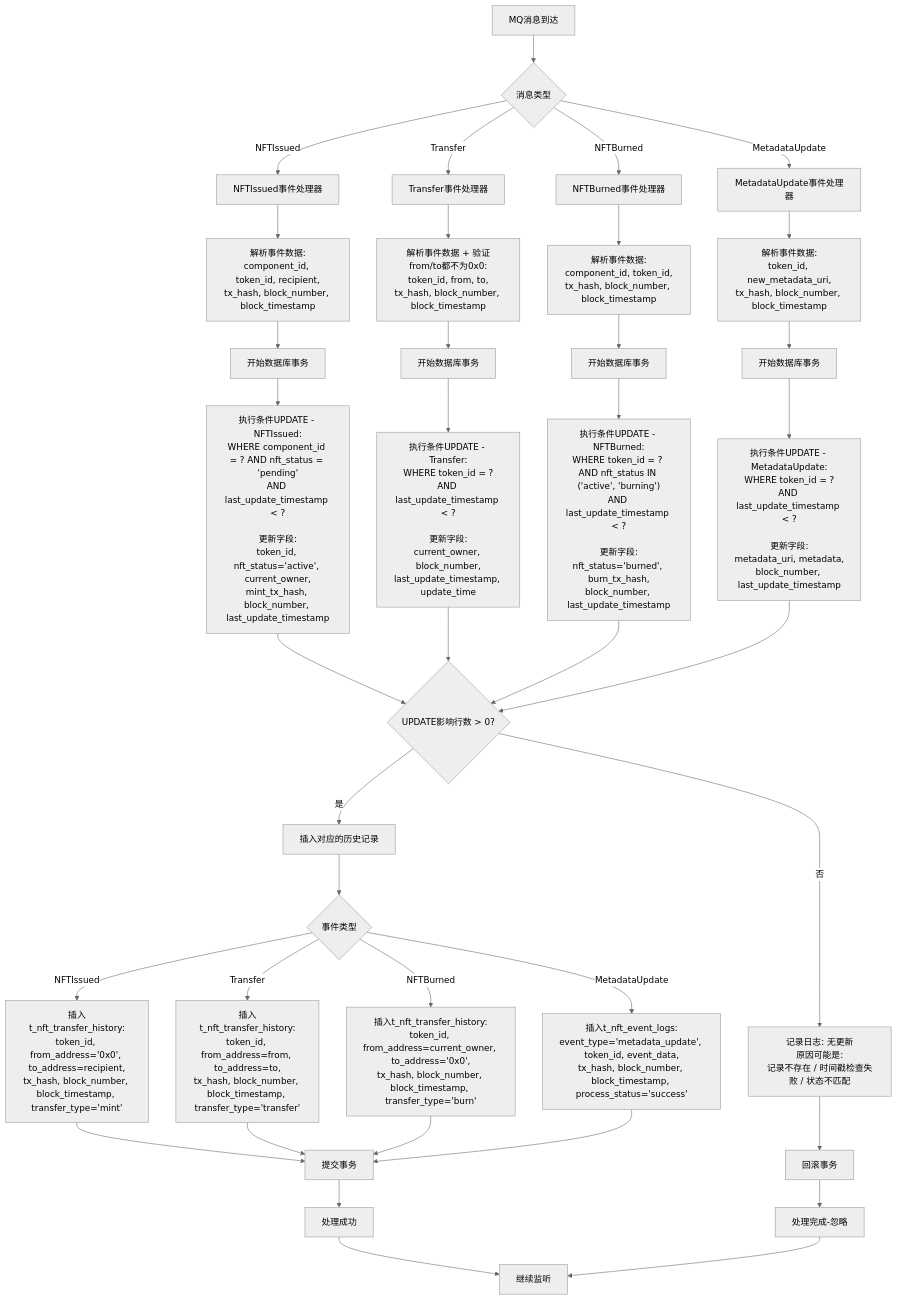
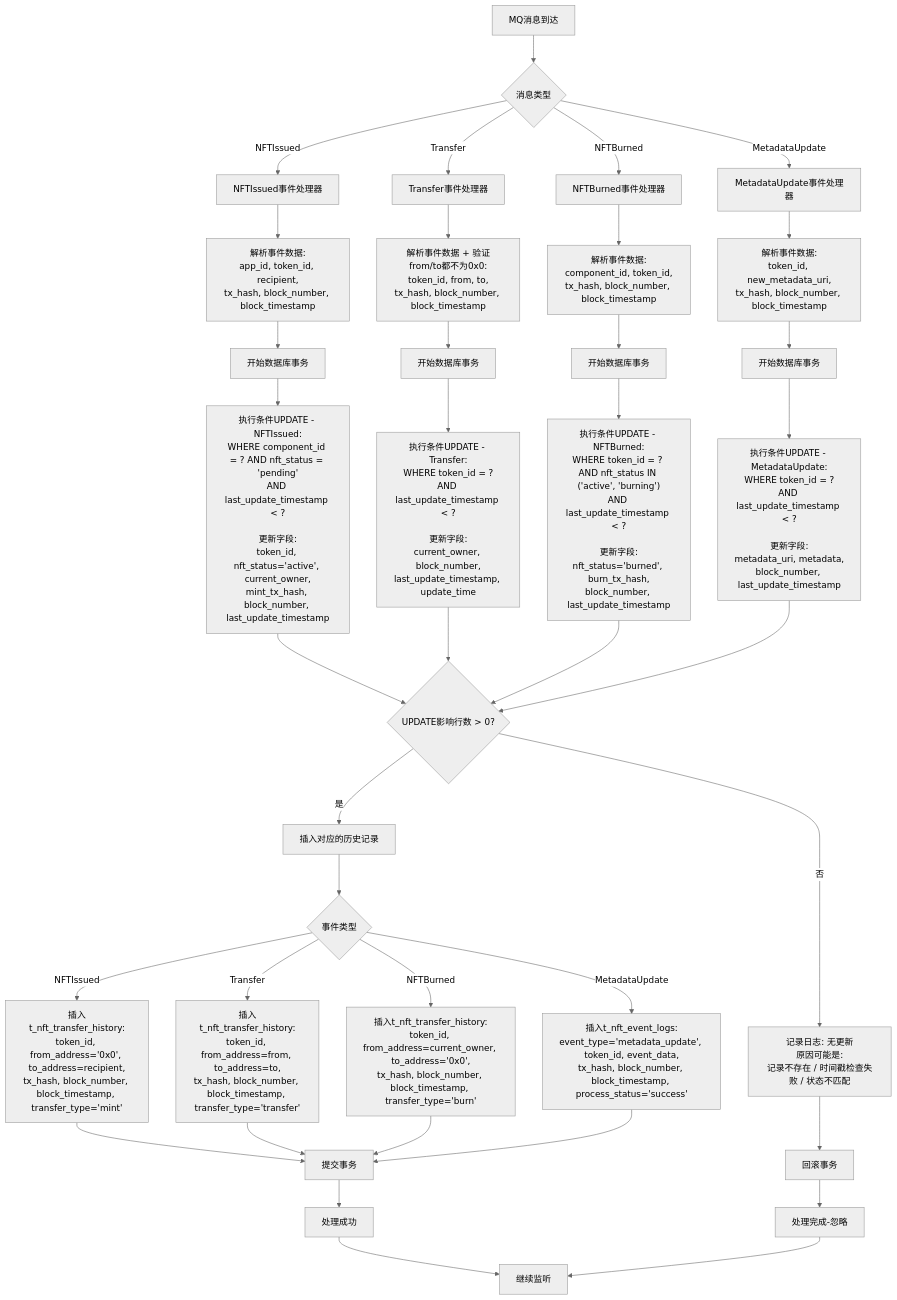
The diagram in all/未命名-71.md (yingjianzh/iodraw-files), drawn with Mermaid (neutral theme) before and after one commit.

Commit message:
2025-07-03 17:48:36 update

````diff
--- a/all/未命名-71.md
+++ b/all/未命名-71.md
@@ -1,59 +1,59 @@
 ```mermaid
 flowchart TD
     A[MQ消息到达] --> B{消息类型}
     
     %% 四种事件类型
     B -->|NFTIssued| C[NFTIssued事件处理器]
     B -->|Transfer| D[Transfer事件处理器]
     B -->|NFTBurned| E[NFTBurned事件处理器]
     B -->|MetadataUpdate| F[MetadataUpdate事件处理器]
     
     %% 解析事件数据
-    C --> G["解析事件数据:<br/>component_id, token_id, recipient,<br/>tx_hash, block_number, block_timestamp"]
+    C --> G["解析事件数据:<br/>app_id, token_id, recipient,<br/>tx_hash, block_number, block_timestamp"]
     D --> H["解析事件数据 + 验证from/to都不为0x0:<br/>token_id, from, to,<br/>tx_hash, block_number, block_timestamp"]
     E --> I["解析事件数据:<br/>component_id, token_id,<br/>tx_hash, block_number, block_timestamp"]
     F --> J["解析事件数据:<br/>token_id, new_metadata_uri,<br/>tx_hash, block_number, block_timestamp"]
     
     G --> K[开始数据库事务]
     H --> L[开始数据库事务]
     I --> M[开始数据库事务]
     J --> N[开始数据库事务]
     
     K --> O["执行条件UPDATE - NFTIssued:<br/>WHERE component_id = ? AND nft_status = 'pending'<br/>AND last_update_timestamp < ?<br/><br/>更新字段:<br/>token_id, nft_status='active', current_owner,<br/>mint_tx_hash, block_number, last_update_timestamp"]
     
     L --> P["执行条件UPDATE - Transfer:<br/>WHERE token_id = ?<br/>AND last_update_timestamp < ?<br/><br/>更新字段:<br/>current_owner, block_number,<br/>last_update_timestamp, update_time"]
     
     M --> Q["执行条件UPDATE - NFTBurned:<br/>WHERE token_id = ? AND nft_status IN ('active', 'burning')<br/>AND last_update_timestamp < ?<br/><br/>更新字段:<br/>nft_status='burned', burn_tx_hash,<br/>block_number, last_update_timestamp"]
     
     N --> R["执行条件UPDATE - MetadataUpdate:<br/>WHERE token_id = ?<br/>AND last_update_timestamp < ?<br/><br/>更新字段:<br/>metadata_uri, metadata,<br/>block_number, last_update_timestamp"]
     
     O --> S{UPDATE影响行数 > 0?}
     P --> S
     Q --> S
     R --> S
     
     S -->|否| T["记录日志: 无更新<br/>原因可能是:<br/>记录不存在 / 时间戳检查失败 / 状态不匹配"]
     S -->|是| U[插入对应的历史记录]
     
     U --> U1{事件类型}
     U1 -->|NFTIssued| U2["插入t_nft_transfer_history:<br/>token_id, from_address='0x0', to_address=recipient,<br/>tx_hash, block_number, block_timestamp, transfer_type='mint'"]
     
     U1 -->|Transfer| U3["插入t_nft_transfer_history:<br/>token_id, from_address=from, to_address=to,<br/>tx_hash, block_number, block_timestamp, transfer_type='transfer'"]
     
     U1 -->|NFTBurned| U4["插入t_nft_transfer_history:<br/>token_id, from_address=current_owner, to_address='0x0',<br/>tx_hash, block_number, block_timestamp, transfer_type='burn'"]
     
     U1 -->|MetadataUpdate| U5["插入t_nft_event_logs:<br/>event_type='metadata_update', token_id, event_data,<br/>tx_hash, block_number, block_timestamp, process_status='success'"]
     
     U2 --> V[提交事务]
     U3 --> V
     U4 --> V
     U5 --> V
     
     T --> W[回滚事务]
     
     V --> X[处理成功]
     W --> Y[处理完成-忽略]
     
     X --> Z[继续监听]
     Y --> Z
 ```
````
